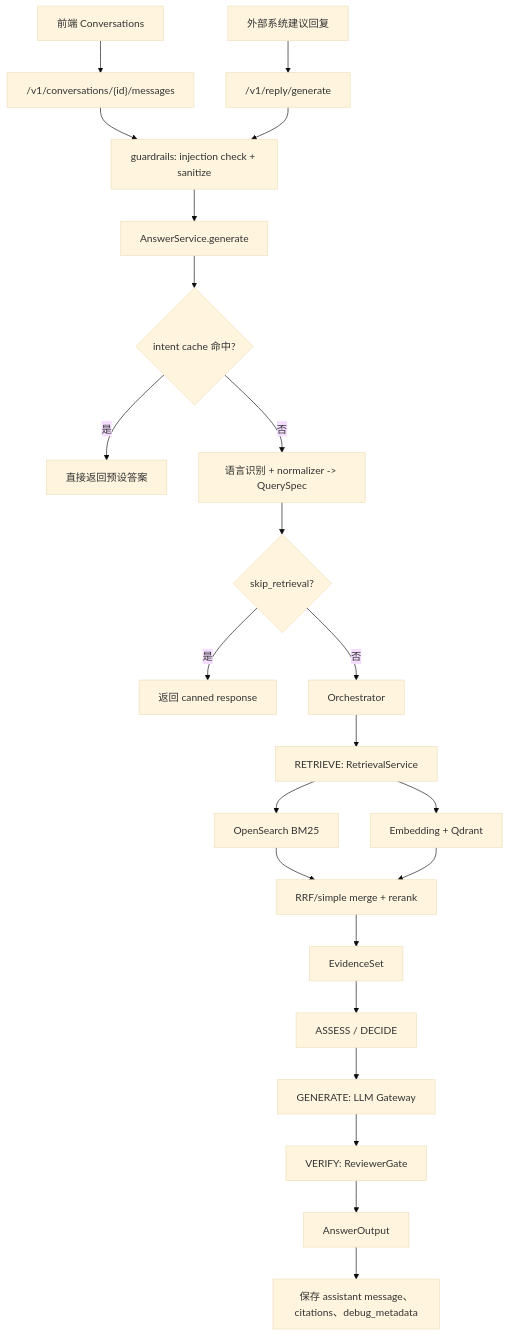
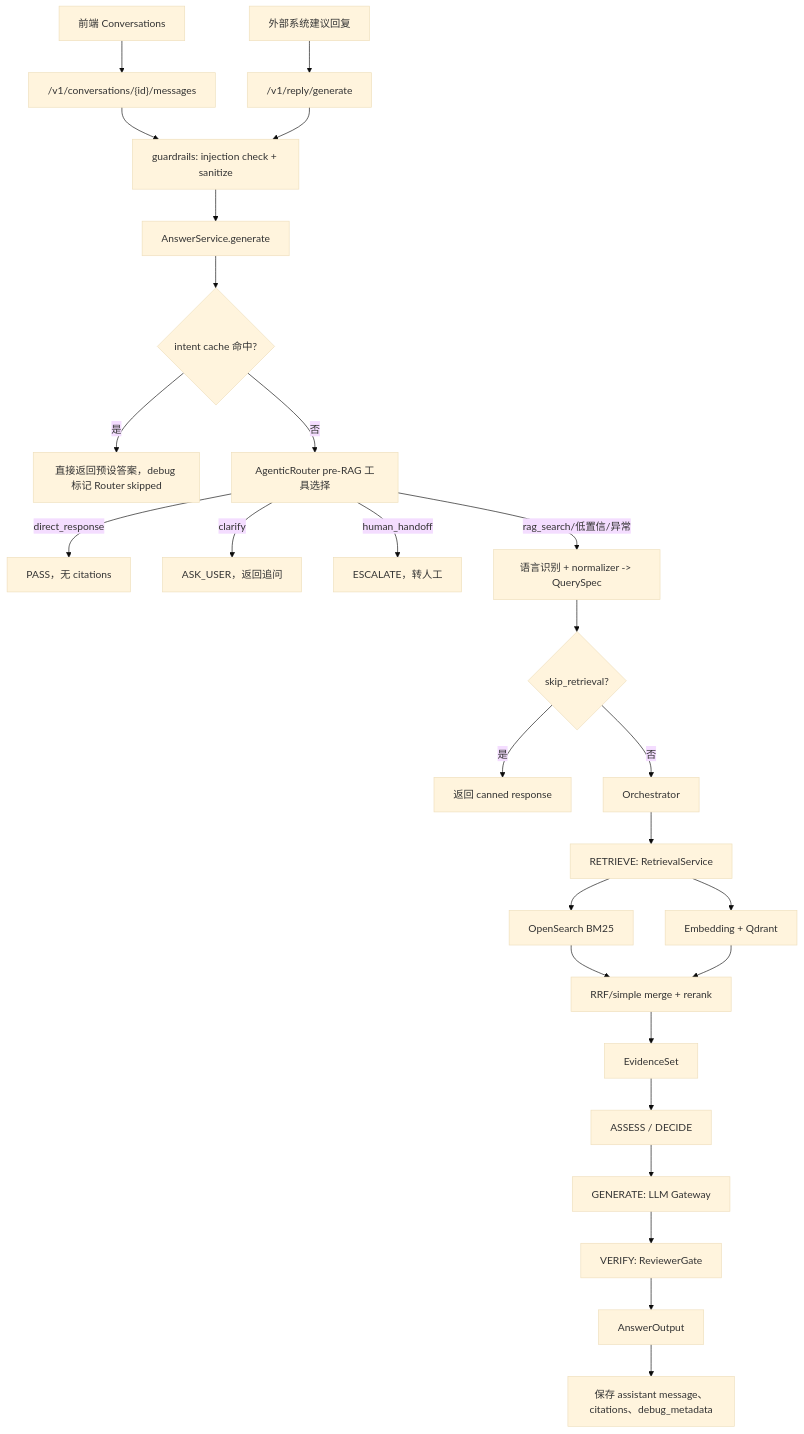
One commit to rwjxrj/RAG_Agent changed the third of 6 diagrams in .agent-harness/02_RAG_FLOW.md. Above: the diagram before and after it, drawn with Mermaid (base theme). The commit also changed other lines of this file and 5 other files, not shown here.

````diff
--- a/.agent-harness/02_RAG_FLOW.md
+++ b/.agent-harness/02_RAG_FLOW.md
@@ -103,25 +103,29 @@
 ```mermaid
 flowchart TD
   A["前端 Conversations"] --> B["/v1/conversations/{id}/messages"]
   C["外部系统建议回复"] --> D["/v1/reply/generate"]
   B --> E["guardrails: injection check + sanitize"]
   D --> E
   E --> F["AnswerService.generate"]
   F --> G{"intent cache 命中?"}
-  G -->|是| H["直接返回预设答案"]
-  G -->|否| I["语言识别 + normalizer -> QuerySpec"]
+  G -->|是| H["直接返回预设答案，debug 标记 Router skipped"]
+  G -->|否| AR["AgenticRouter pre-RAG 工具选择"]
+  AR -->|direct_response| AR1["PASS，无 citations"]
+  AR -->|clarify| AR2["ASK_USER，返回追问"]
+  AR -->|human_handoff| AR3["ESCALATE，转人工"]
+  AR -->|rag_search/低置信/异常| I["语言识别 + normalizer -> QuerySpec"]
   I --> J{"skip_retrieval?"}
   J -->|是| K["返回 canned response"]
   J -->|否| L["Orchestrator"]
   L --> M["RETRIEVE: RetrievalService"]
   M --> N["OpenSearch BM25"]
   M --> O["Embedding + Qdrant"]
   N --> P["RRF/simple merge + rerank"]
   O --> P
   P --> Q["EvidenceSet"]
   Q --> R["ASSESS / DECIDE"]
   R --> S["GENERATE: LLM Gateway"]
   S --> T["VERIFY: ReviewerGate"]
   T --> U["AnswerOutput"]
   U --> V["保存 assistant message、citations、debug_metadata"]
 ```
````
